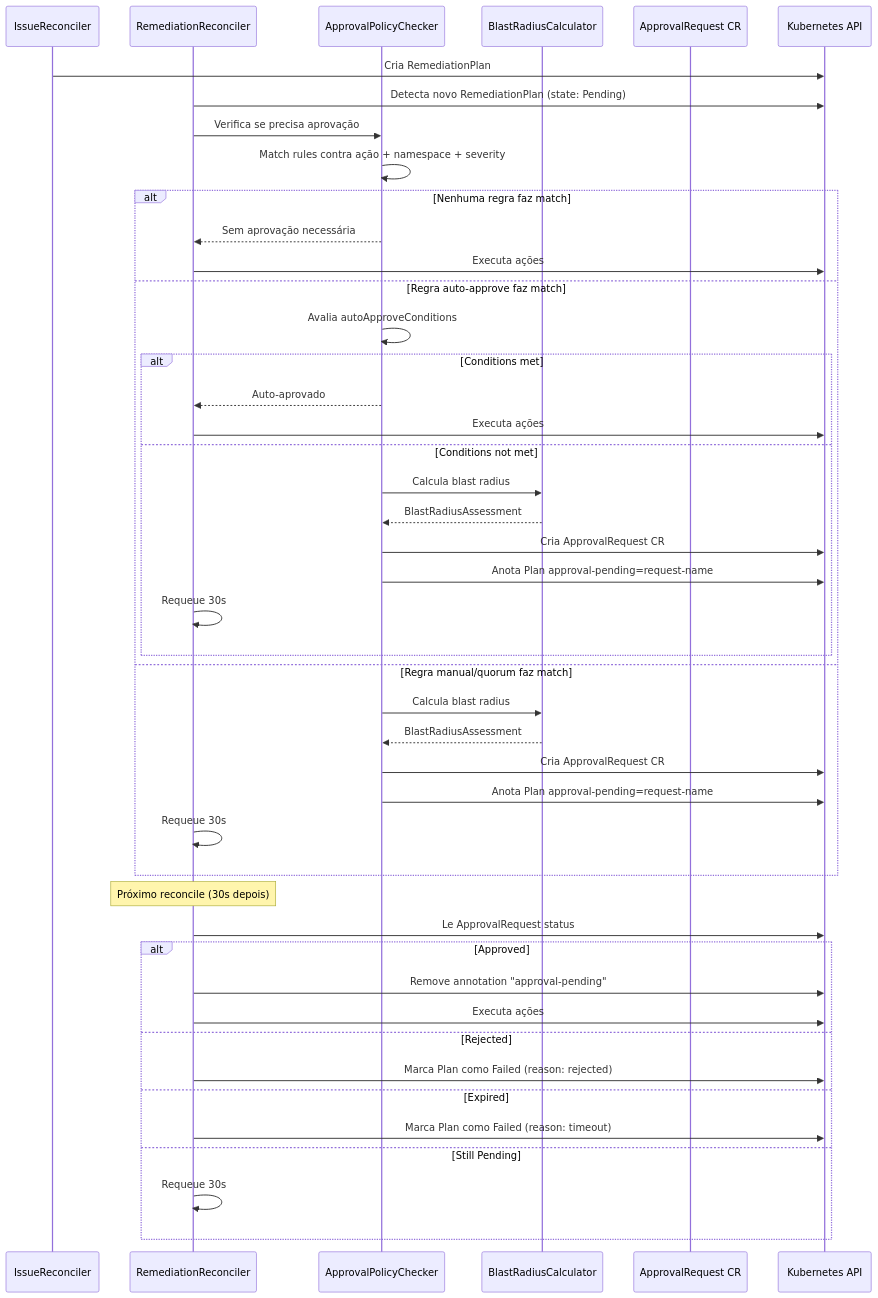
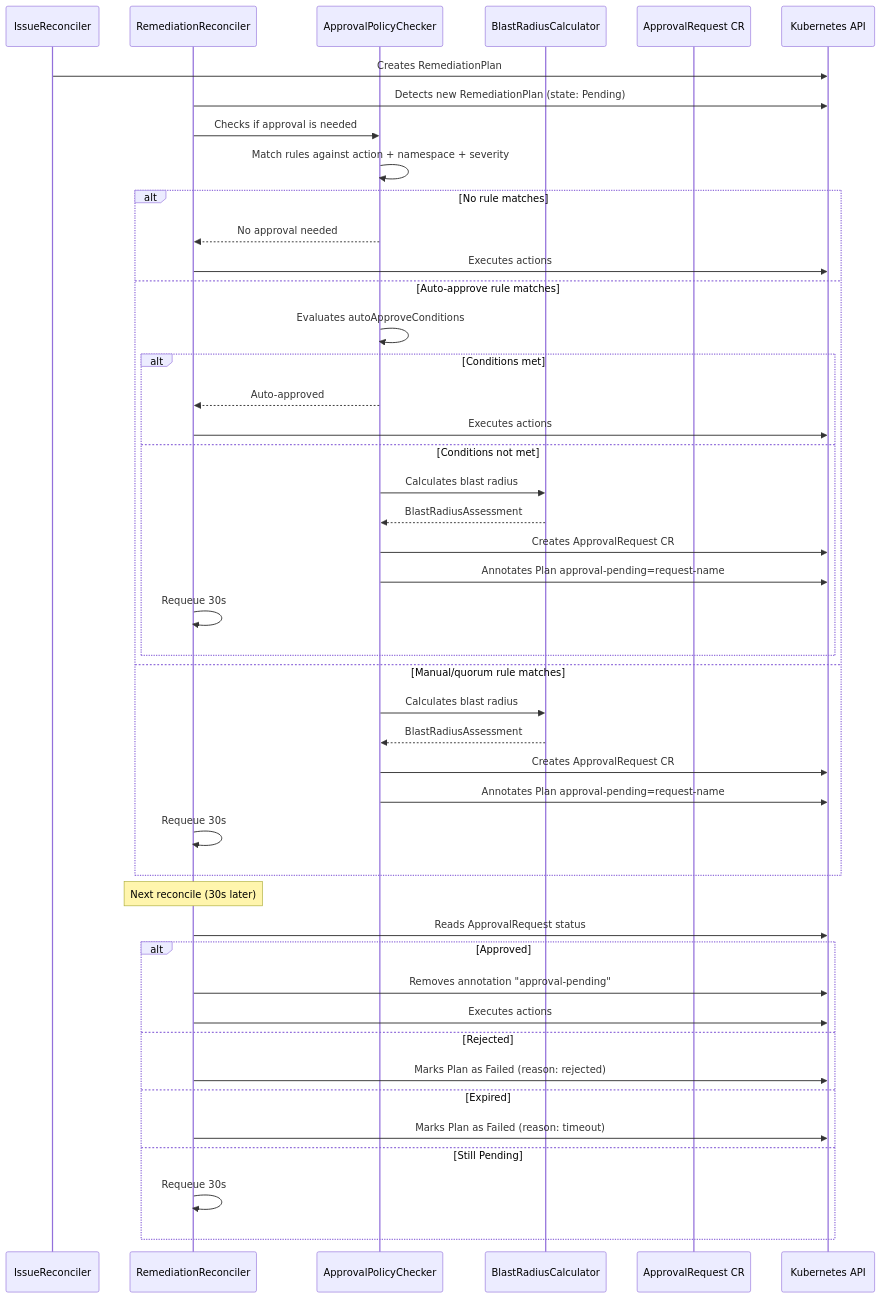
Before and after one commit to diillson/chatcli.ai: the third of 3 diagrams in features/aiops/approval-workflow.mdx, drawn with Mermaid. The commit also changed other lines of this file and 500 other files, not shown here.

````diff
--- a/features/aiops/approval-workflow.mdx
+++ b/features/aiops/approval-workflow.mdx
@@ -427,50 +427,50 @@
 ```mermaid
 sequenceDiagram
     participant IR as IssueReconciler
     participant RR as RemediationReconciler
     participant APC as ApprovalPolicyChecker
     participant BRC as BlastRadiusCalculator
     participant AReq as ApprovalRequest CR
     participant K8s as Kubernetes API
 
-    IR->>K8s: Cria RemediationPlan
-    RR->>K8s: Detecta novo RemediationPlan (state: Pending)
-    RR->>APC: Verifica se precisa aprovação
-    APC->>APC: Match rules contra ação + namespace + severity
+    IR->>K8s: Creates RemediationPlan
+    RR->>K8s: Detects new RemediationPlan (state: Pending)
+    RR->>APC: Checks if approval is needed
+    APC->>APC: Match rules against action + namespace + severity
 
-    alt Nenhuma regra faz match
-        APC-->>RR: Sem aprovação necessária
-        RR->>K8s: Executa ações
-    else Regra auto-approve faz match
-        APC->>APC: Avalia autoApproveConditions
+    alt No rule matches
+        APC-->>RR: No approval needed
+        RR->>K8s: Executes actions
+    else Auto-approve rule matches
+        APC->>APC: Evaluates autoApproveConditions
         alt Conditions met
-            APC-->>RR: Auto-aprovado
-            RR->>K8s: Executa ações
+            APC-->>RR: Auto-approved
+            RR->>K8s: Executes actions
         else Conditions not met
-            APC->>BRC: Calcula blast radius
+            APC->>BRC: Calculates blast radius
             BRC-->>APC: BlastRadiusAssessment
-            APC->>K8s: Cria ApprovalRequest CR
-            APC->>K8s: Anota Plan approval-pending=request-name
+            APC->>K8s: Creates ApprovalRequest CR
+            APC->>K8s: Annotates Plan approval-pending=request-name
             RR->>RR: Requeue 30s
         end
-    else Regra manual/quorum faz match
-        APC->>BRC: Calcula blast radius
+    else Manual/quorum rule matches
+        APC->>BRC: Calculates blast radius
         BRC-->>APC: BlastRadiusAssessment
-        APC->>K8s: Cria ApprovalRequest CR
-        APC->>K8s: Anota Plan approval-pending=request-name
+        APC->>K8s: Creates ApprovalRequest CR
+        APC->>K8s: Annotates Plan approval-pending=request-name
         RR->>RR: Requeue 30s
     end
 
-    Note over RR: Próximo reconcile (30s depois)
-    RR->>K8s: Le ApprovalRequest status
+    Note over RR: Next reconcile (30s later)
+    RR->>K8s: Reads ApprovalRequest status
     alt Approved
-        RR->>K8s: Remove annotation "approval-pending"
-        RR->>K8s: Executa ações
+        RR->>K8s: Removes annotation "approval-pending"
+        RR->>K8s: Executes actions
     else Rejected
-        RR->>K8s: Marca Plan como Failed (reason: rejected)
+        RR->>K8s: Marks Plan as Failed (reason: rejected)
     else Expired
-        RR->>K8s: Marca Plan como Failed (reason: timeout)
+        RR->>K8s: Marks Plan as Failed (reason: timeout)
     else Still Pending
         RR->>RR: Requeue 30s
     end
 ```
````
